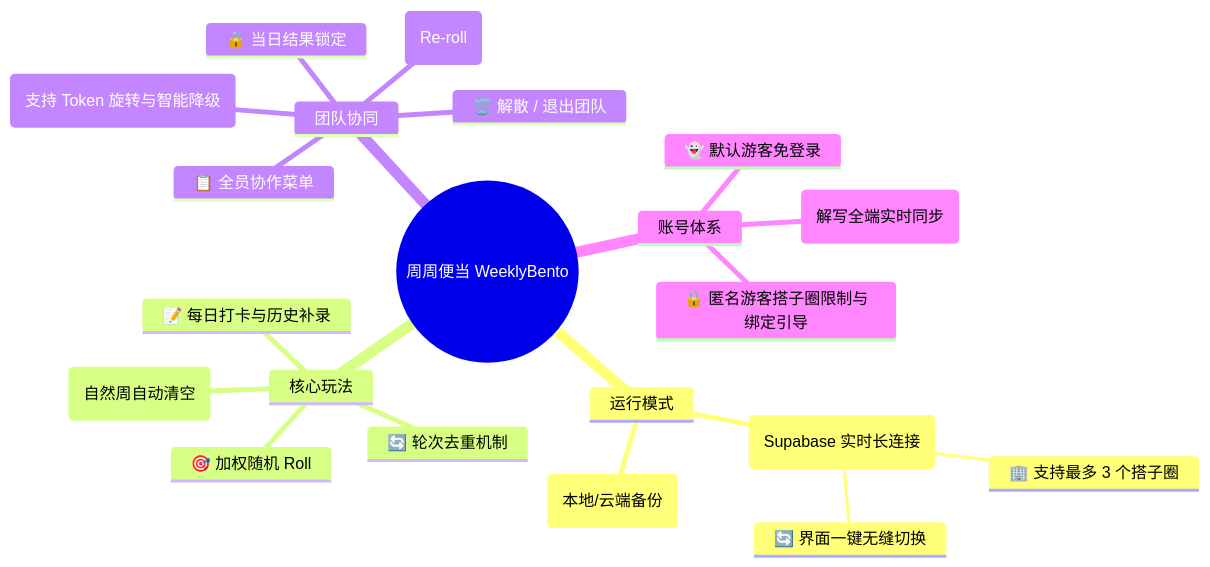
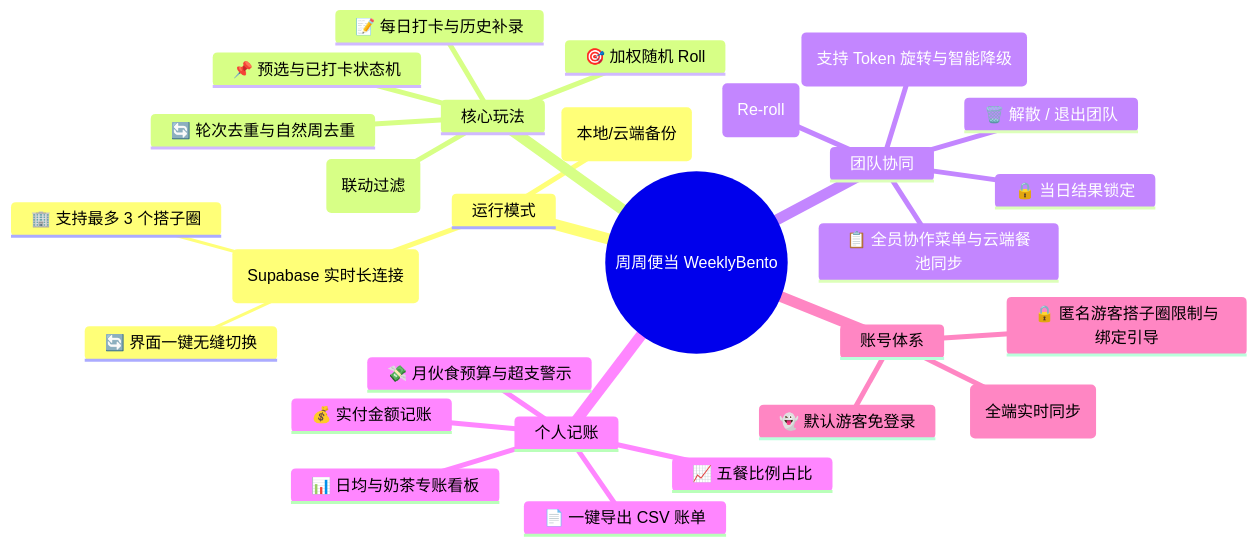
The first of 2 diagrams in doc/GAMEPLAY_AND_RULES.md (wangdengbin/weeklybento), drawn with Mermaid before and after one commit. The commit also changed other lines of this file, not shown here.

Commit message:
docs(玩法文档): 更新系统玩法规则与思维脑图文档

````diff
--- a/doc/GAMEPLAY_AND_RULES.md
+++ b/doc/GAMEPLAY_AND_RULES.md
@@ -11,24 +11,31 @@
 ```mermaid
 mindmap
   root((周周便当 WeeklyBento))
     运行模式
       🏠 个人独享模式 (本地/云端备份)
       👥 多团队协同模式 (Supabase 实时长连接)
         🏢 支持最多 3 个搭子圈
         🔄 界面一键无缝切换
     核心玩法
       🎯 加权随机 Roll
-      🔄 轮次去重机制
-      📅 按周不重复 (自然周自动清空)
+      🔄 轮次去重与自然周去重
       📝 每日打卡与历史补录
+      🌅 5大场景餐池 (联动过滤)
+      📌 预选与已打卡状态机
     团队协同
       🔒 当日结果锁定
       🎲 全员重新选定 (Re-roll)
-      📋 全员协作菜单
+      📋 全员协作菜单与云端餐池同步
       🔗 专属安全邀请链接 (支持 Token 旋转与智能降级)
       🗑️ 解散 / 退出团队
+    个人记账
+      💰 实付金额记账
+      📊 日均与奶茶专账看板
+      📈 五餐比例占比
+      💸 月伙食预算与超支警示
+      📄 一键导出 CSV 账单
     账号体系
       👻 默认游客免登录
-      👤 邮箱注册绑定 (解写全端实时同步)
+      👤 邮箱注册绑定 (全端实时同步)
       🔒 匿名游客搭子圈限制与绑定引导
 ```
````
